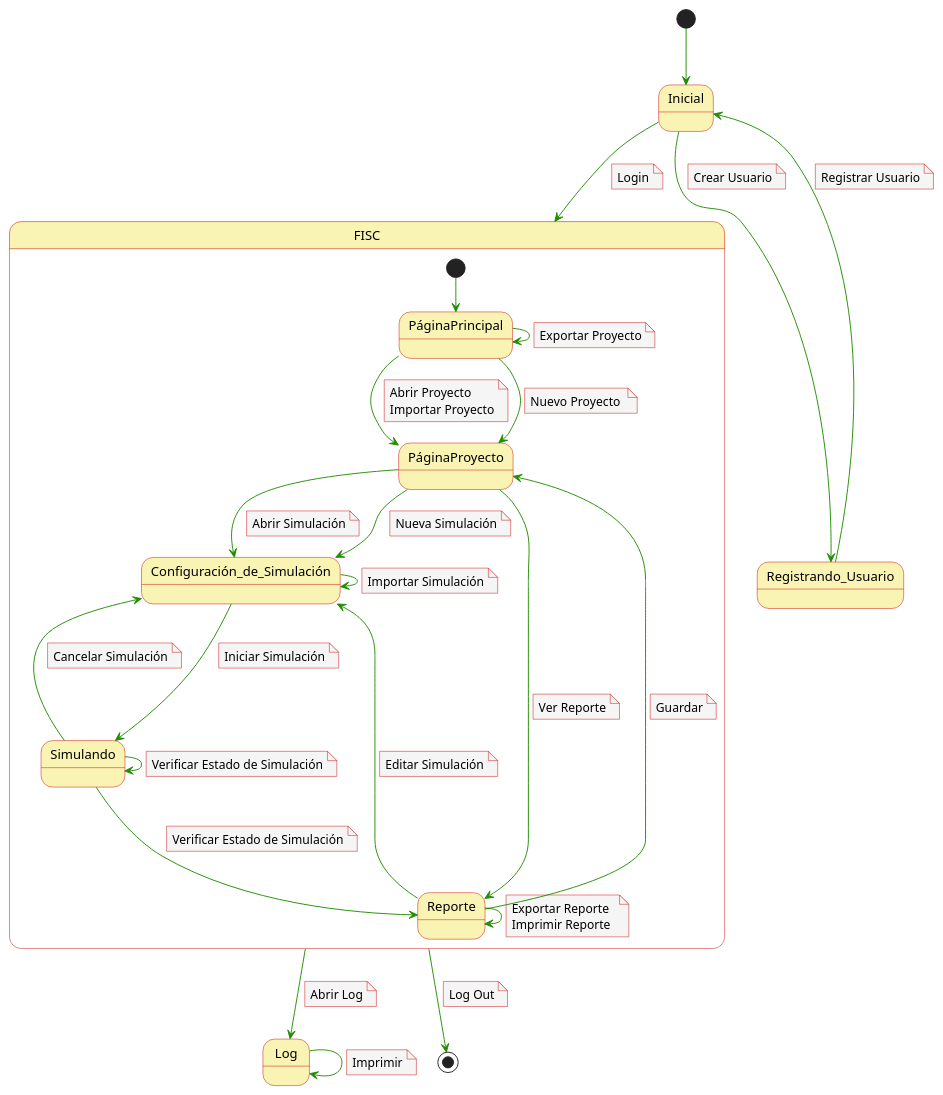
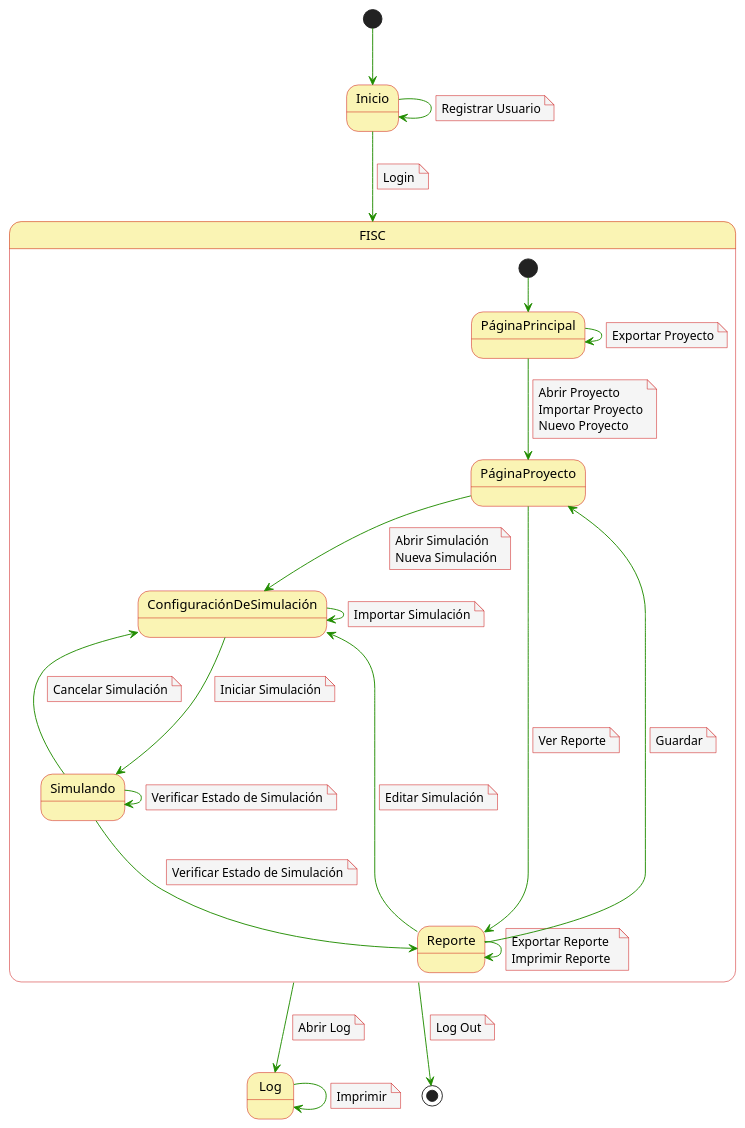
The diagram in casosDeUso/diagramaContexto.puml (mmasias/23-24-IdSw1-SDR), drawn with PlantUML before and after one commit. The commit also changed 1 other file, not shown here.

Commit message:
diagrama contexto

```diff
--- a/casosDeUso/diagramaContexto.puml
+++ b/casosDeUso/diagramaContexto.puml
@@ -1,106 +1,95 @@
 @startuml
 skinparam noteBackgroundColor #f5f5f5
 skinparam noteBorderColor #c90000
 skinparam arrowColor #218c00
 skinparam stateBackgroundColor #faf4b4
 skinparam stateBorderColor #c90000
 skinparam linetype bold
 skinparam arrowThickness 1
 
-[*] --> Inicial
+[*] --> Inicio
 
-Inicial -d-> FISC 
+Inicio -d-> FISC 
 note on link
   Login
 end note
-Inicial -d-> Registrando_Usuario
-note on link
-  Crear Usuario
-end note
-
-Registrando_Usuario -d-> Inicial
+Inicio -d-> Inicio
 note on link
   Registrar Usuario
 end note
 
 State FISC {
 [*] --> PáginaPrincipal 
 
 PáginaPrincipal -d-> PáginaProyecto
 note on link
   Abrir Proyecto 
   Importar Proyecto
-end note 
-PáginaPrincipal -d-> PáginaProyecto
-note on link
   Nuevo Proyecto 
 end note 
 PáginaPrincipal -d-> PáginaPrincipal
 note on link
   Exportar Proyecto
 end note 
 
-PáginaProyecto -d-> Configuración_de_Simulación
+PáginaProyecto -d-> ConfiguraciónDeSimulación
 note on link
   Abrir Simulación
-end note 
-PáginaProyecto -d-> Configuración_de_Simulación
-note on link
   Nueva Simulación
 end note 
 PáginaProyecto ---> Reporte
 note on link
   Ver Reporte
 end note 
 
-Configuración_de_Simulación -d-> Simulando
+ConfiguraciónDeSimulación -d-> Simulando
 note on link
   Iniciar Simulación
 end note 
-Configuración_de_Simulación -d-> Configuración_de_Simulación
+ConfiguraciónDeSimulación -d-> ConfiguraciónDeSimulación
 note on link
   Importar Simulación
 end note  
 
-Simulando ---> Configuración_de_Simulación
+Simulando ---> ConfiguraciónDeSimulación
 note on link
   Cancelar Simulación
 end note 
 Simulando ---> Simulando
 note on link
   Verificar Estado de Simulación
 end note 
 Simulando ---> Reporte
 note on link
   Verificar Estado de Simulación
 end note 
 
 Reporte -d-> Reporte
 note on link
   Exportar Reporte  
   Imprimir Reporte
 end note 
 Reporte -d-> PáginaProyecto
 note on link
   Guardar
 end note 
-Reporte -d-> Configuración_de_Simulación
+Reporte -d-> ConfiguraciónDeSimulación
 note on link
   Editar Simulación
 end note 
 }
 
 Log ---> Log
 note on link
   Imprimir
 end note 
 FISC -d-> Log
 note on link
   Abrir Log
 end note 
 FISC --> [*]
 note on link
   Log Out
 end note 
 
 @enduml
```
